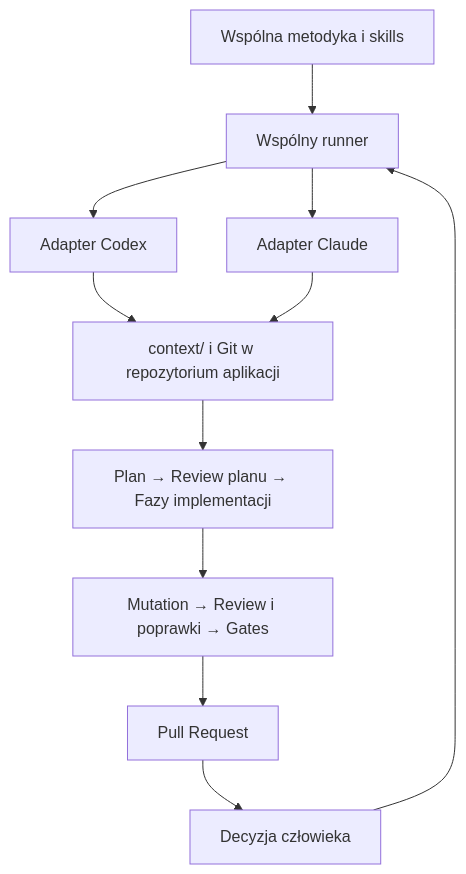
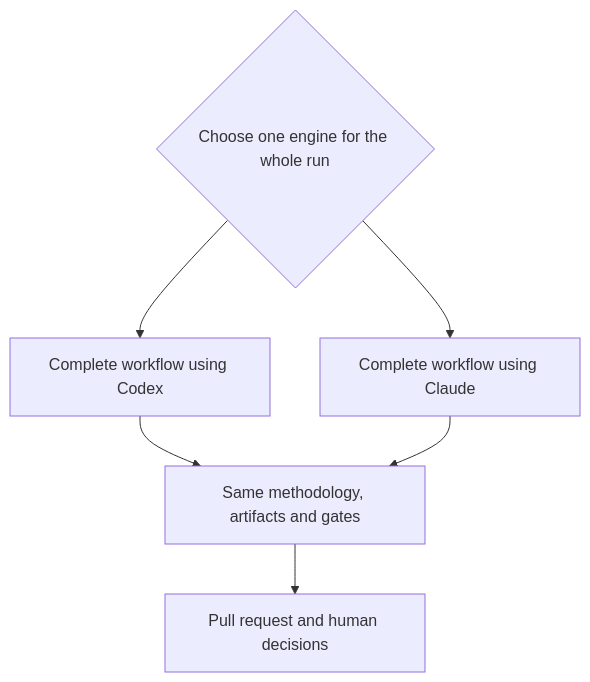
The diagram in README.md (KrzysztofSikora/multitool-workflow), drawn with Mermaid before and after one commit. The commit also changed other lines of this file and 8 other files, not shown here.

Commit message:
fix: use one engine per workflow and document the design in English

````diff
--- a/README.md
+++ b/README.md
@@ -10,13 +11,9 @@
 ```mermaid
 flowchart TD
-    M[Wspólna metodyka i skills] --> R[Wspólny runner]
-    R --> C[Adapter Codex]
-    R --> A[Adapter Claude]
-    C --> S[context/ i Git w repozytorium aplikacji]
-    A --> S
-    S --> P[Plan → Review planu → Fazy implementacji]
-    P --> Q[Mutation → Review i poprawki → Gates]
-    Q --> PR[Pull Request]
-    PR --> H[Decyzja człowieka]
-    H --> R
+    Choose{Choose one engine for the whole run}
+    Choose --> C[Complete workflow using Codex]
+    Choose --> A[Complete workflow using Claude]
+    C --> Method[Same methodology, artifacts and gates]
+    A --> Method
+    Method --> PR[Pull request and human decisions]
 ```
````
